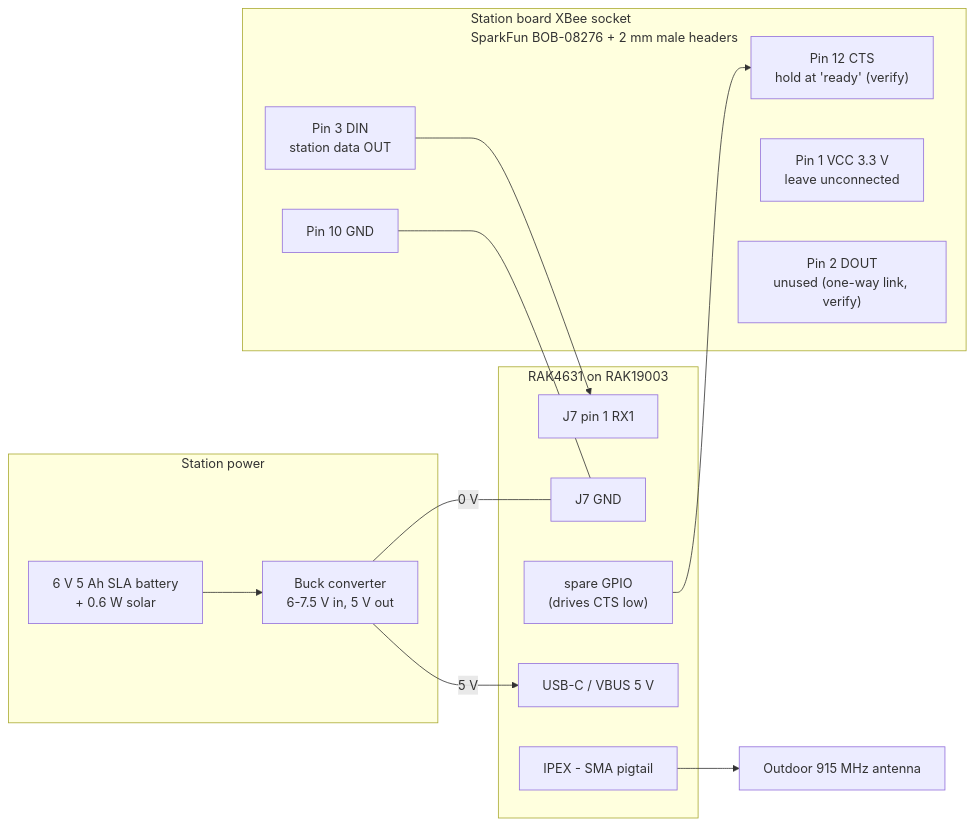
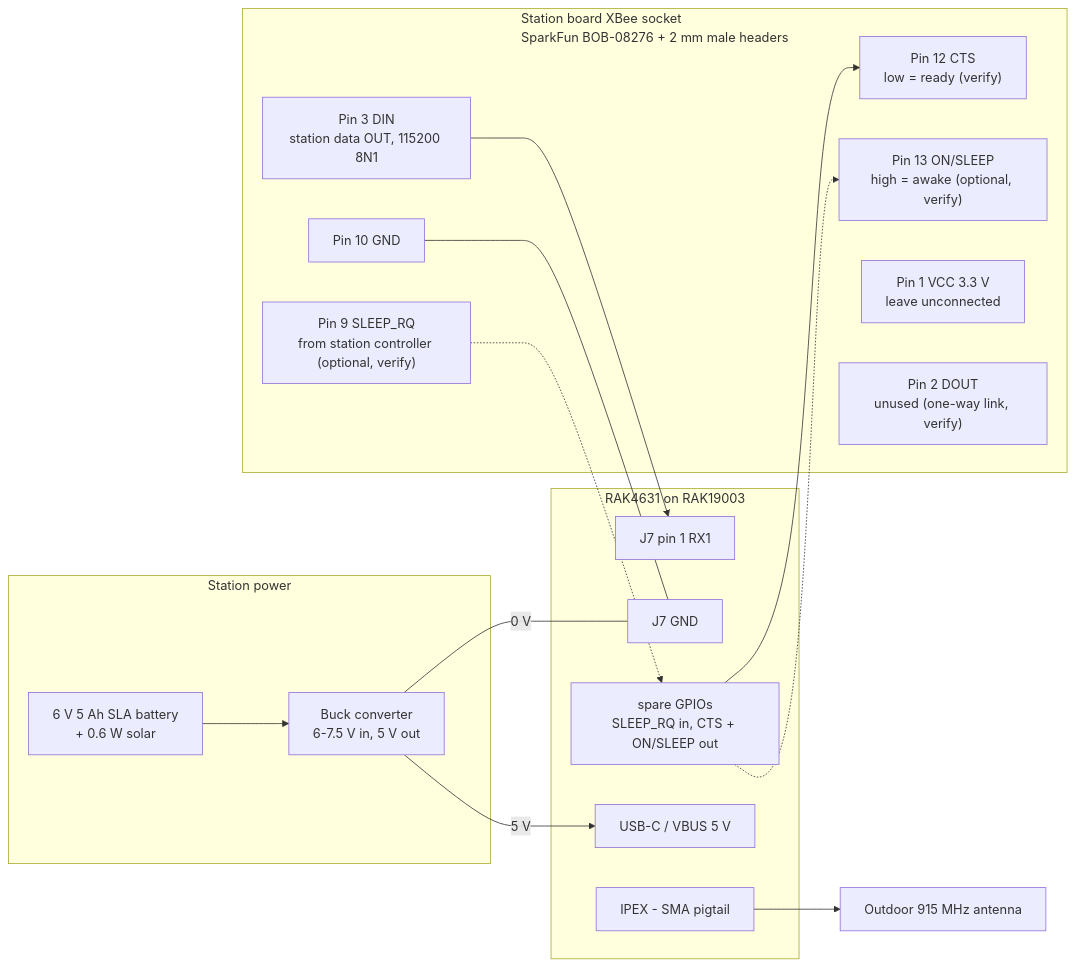
One commit to cvopicka/Rainwise-Wireless-Info changed the diagram in diagrams/2_station.mmd. Above: the diagram before and after it, drawn with Mermaid. The commit also changed 4 other files, not shown here.

```diff
--- a/diagrams/2_station.mmd
+++ b/diagrams/2_station.mmd
@@ -1,26 +1,30 @@
 flowchart LR
   subgraph PWR["Station power"]
     BAT["6 V 5 Ah SLA battery<br/>+ 0.6 W solar"]
     BUCK["Buck converter<br/>6-7.5 V in, 5 V out"]
     BAT --> BUCK
   end
   subgraph SOCK["Station board XBee socket<br/>SparkFun BOB-08276 + 2 mm male headers"]
-    P3["Pin 3 DIN<br/>station data OUT"]
+    P3["Pin 3 DIN<br/>station data OUT, 115200 8N1"]
     P10["Pin 10 GND"]
-    P12["Pin 12 CTS<br/>hold at 'ready' (verify)"]
+    P9["Pin 9 SLEEP_RQ<br/>from station controller (optional, verify)"]
+    P12["Pin 12 CTS<br/>low = ready (verify)"]
+    P13["Pin 13 ON/SLEEP<br/>high = awake (optional, verify)"]
     P1["Pin 1 VCC 3.3 V<br/>leave unconnected"]
     P2["Pin 2 DOUT<br/>unused (one-way link, verify)"]
   end
   subgraph RAK["RAK4631 on RAK19003"]
     RX1["J7 pin 1 RX1"]
     GND["J7 GND"]
-    GPIO["spare GPIO<br/>(drives CTS low)"]
+    GPIO["spare GPIOs<br/>SLEEP_RQ in, CTS + ON/SLEEP out"]
     VBUS["USB-C / VBUS 5 V"]
     ANT["IPEX - SMA pigtail"]
   end
   P3 --> RX1
   P10 --- GND
+  P9 -.-> GPIO
   GPIO --> P12
+  GPIO -.-> P13
   BUCK -- "5 V" --> VBUS
   BUCK -- "0 V" --- GND
   ANT --> OUT["Outdoor 915 MHz antenna"]
```
